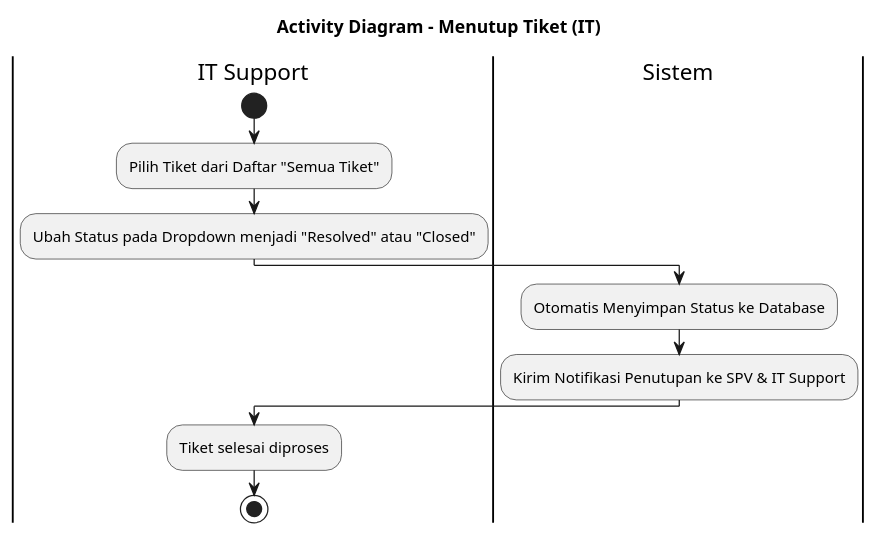
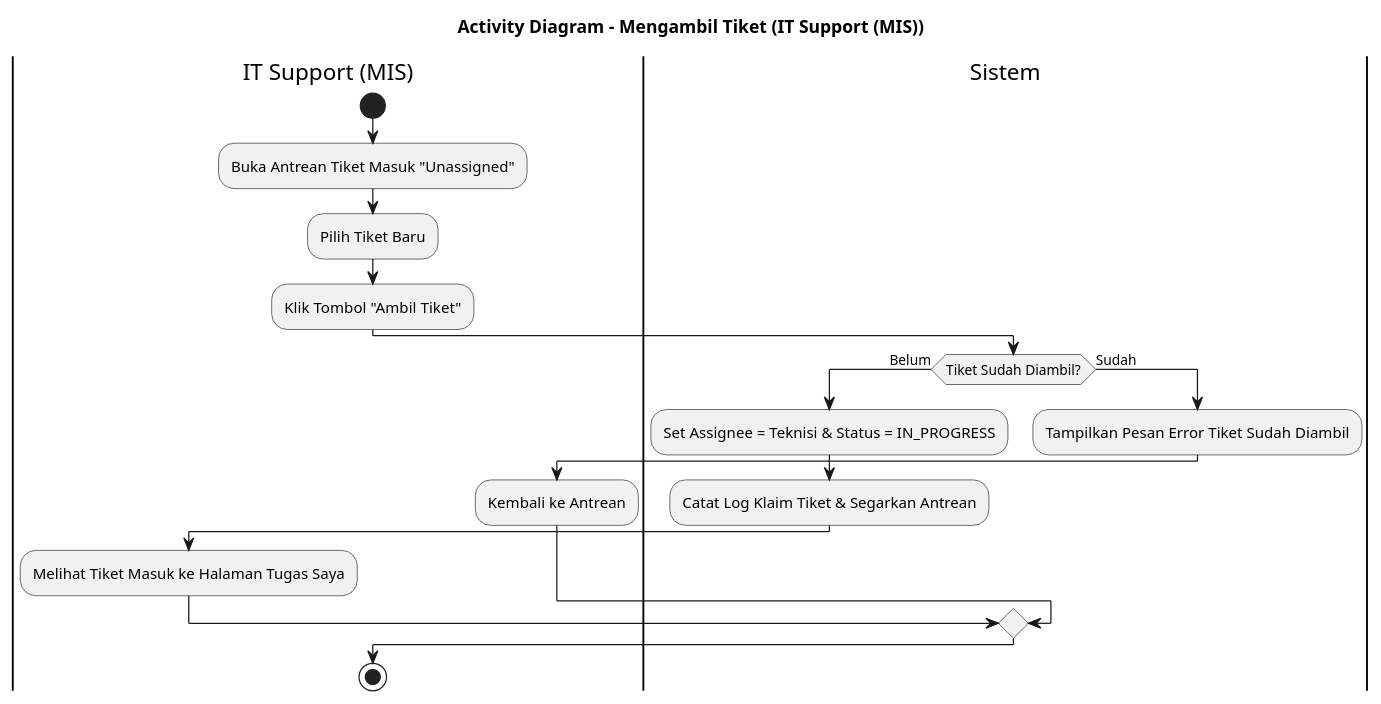
The seventh of 14 diagrams in docs/activity-diagrams.puml (mrahmatfadila/bissmillah-skripsi-web), drawn with PlantUML before and after one commit. The commit also changed other lines of this file and 62 other files, not shown here.

```diff
--- a/docs/activity-diagrams.puml
+++ b/docs/activity-diagrams.puml
@@ -103,13 +119,21 @@
-@startuml activity_menutup_tiket
-title Activity Diagram - Menutup Tiket (IT)
-|IT Support|
+@startuml activity_mengambil_tiket
+title Activity Diagram - Mengambil Tiket (IT Support (MIS))
+|IT Support (MIS)|
 start
-:Pilih Tiket dari Daftar "Semua Tiket";
-:Ubah Status pada Dropdown menjadi "Resolved" atau "Closed";
+:Buka Antrean Tiket Masuk "Unassigned";
+:Pilih Tiket Baru;
+:Klik Tombol "Ambil Tiket";
 |Sistem|
-:Otomatis Menyimpan Status ke Database;
-:Kirim Notifikasi Penutupan ke SPV & IT Support;
-|IT Support|
-:Tiket selesai diproses;
+if (Tiket Sudah Diambil?) then (Belum)
+  :Set Assignee = Teknisi & Status = IN_PROGRESS;
+  :Catat Log Klaim Tiket & Segarkan Antrean;
+  |IT Support (MIS)|
+  :Melihat Tiket Masuk ke Halaman Tugas Saya;
+else (Sudah)
+  |Sistem|
+  :Tampilkan Pesan Error Tiket Sudah Diambil;
+  |IT Support (MIS)|
+  :Kembali ke Antrean;
+endif
 stop
 @enduml
```
